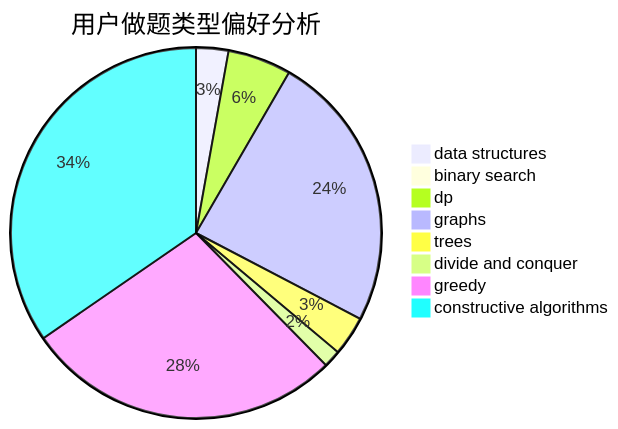
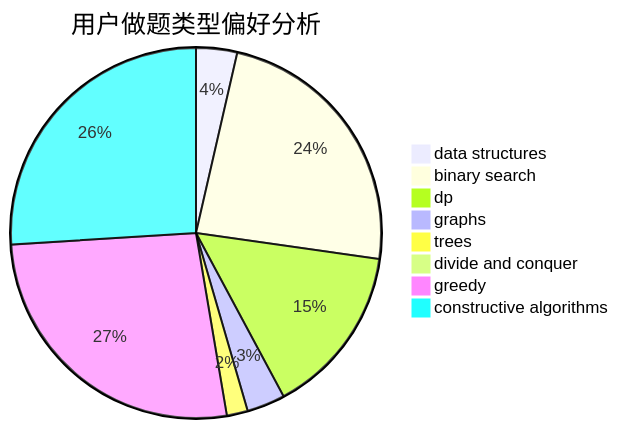
Before and after one commit to sherpahu/cfrs.github.io: the second of 3 diagrams in docs/user/u1764.md, drawn with Mermaid. The commit also changed other lines of this file and 2770 other files, not shown here.

````diff
--- a/docs/user/u1764.md
+++ b/docs/user/u1764.md
@@ -23,11 +23,11 @@
 ```mermaid
 pie title 用户做题类型偏好分析
-    "data structures" :  54
-    "binary search" :  9
-    "dp" :  106
-    "graphs" :  465
-    "trees" :  66
-    "divide and conquer" :  29
-    "greedy" :  531
-    "constructive algorithms" :  662
+    "data structures" :  43
+    "binary search" :  284
+    "dp" :  179
+    "graphs" :  40
+    "trees" :  22
+    "divide and conquer" :  4
+    "greedy" :  320
+    "constructive algorithms" :  312
 ```
````
